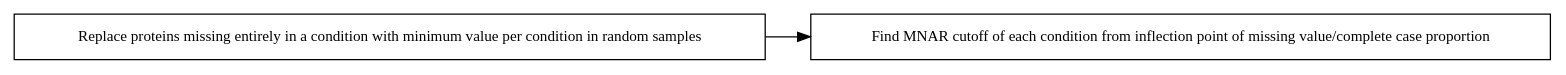
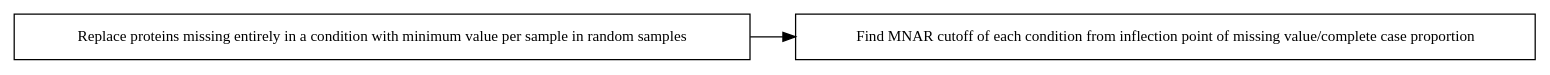
One commit to eturkes/AD-CBD-exosome-proteins changed the diagram in graphviz/missing-value-removal/01.dot. Above: the diagram before and after it, drawn with Graphviz. The commit also changed 2 other files, not shown here.

```diff
--- a/graphviz/missing-value-removal/01.dot
+++ b/graphviz/missing-value-removal/01.dot
@@ -1,32 +1,32 @@
 /*
     This file is part of AD-exosome-characterisation.
     Copyright (C) 2022  Emir Turkes, Stephanie Fowler, UK DRI at UCL, Columbia
     University Medical Center
 
     This program is free software: you can redistribute it and/or modify
     it under the terms of the GNU General Public License as published by
     the Free Software Foundation, either version 3 of the License, or
     (at your option) any later version.
 
     This program is distributed in the hope that it will be useful,
     but WITHOUT ANY WARRANTY; without even the implied warranty of
     MERCHANTABILITY or FITNESS FOR A PARTICULAR PURPOSE.  See the
     GNU General Public License for more details.
 
     You should have received a copy of the GNU General Public License
     along with this program.  If not, see <http://www.gnu.org/licenses/>.
 
     Emir Turkes can be contacted at emir.turkes@eturkes.com
 */
 
 digraph {
     rankdir=LR;
     node [shape=box, fontname=Verdana, fontsize=12];
     edge [fontname=Verdana, fontsize=12];
     splines=ortho;
 
-    rm_all_missing [label="Replace proteins missing entirely in a condition with minimum value per condition in random samples"];
+    rm_all_missing [label="Replace proteins missing entirely in a condition with minimum value per sample in random samples"];
     MNAR_cutoff [label="Find MNAR cutoff of each condition from inflection point of missing value/complete case proportion"];
 
     rm_all_missing -> MNAR_cutoff;
 }
```
